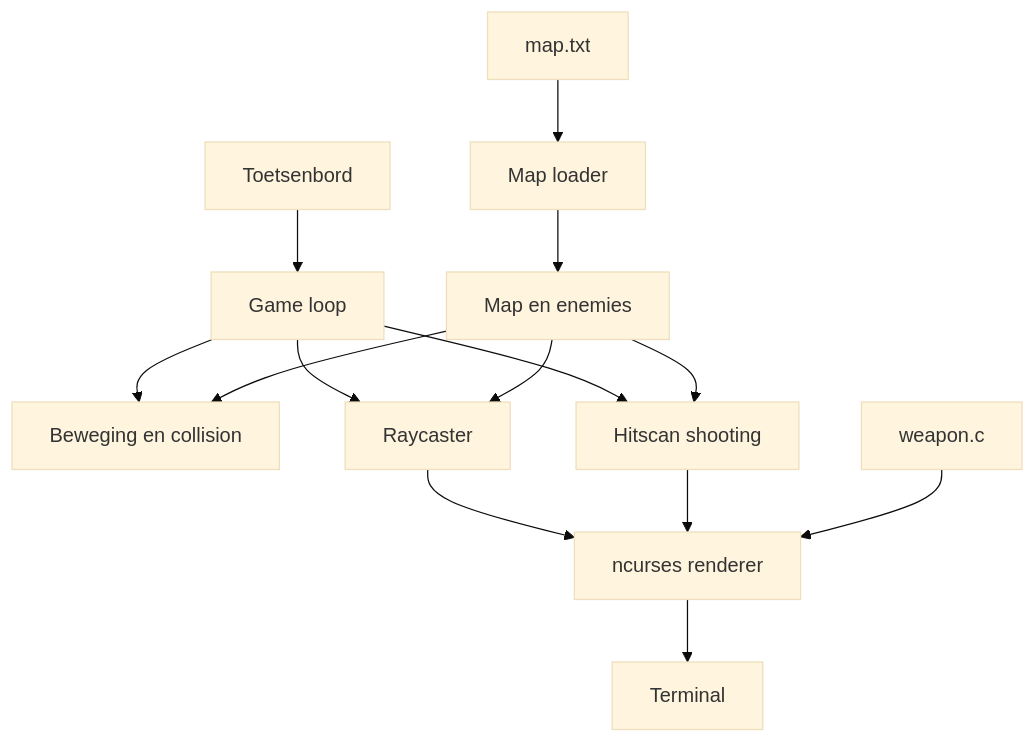
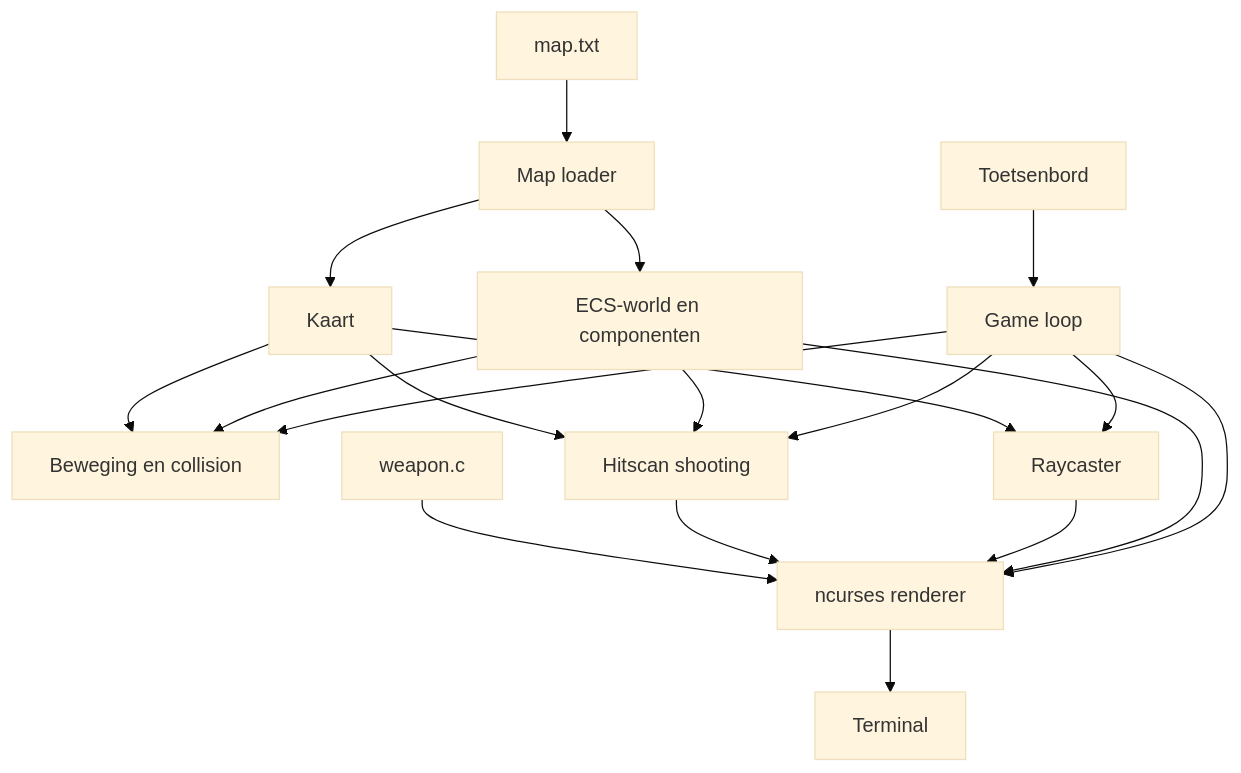
The first of 2 diagrams in readme.md (bo-xd/wolfenstein3d-style-terminal), drawn with Mermaid (base theme) before and after one commit. The commit also changed other lines of this file and 5 other files, not shown here.

````diff
--- a/readme.md
+++ b/readme.md
@@ -154,16 +158,21 @@
 ```mermaid
 flowchart TD
     Input[Toetsenbord] --> Loop[Game loop]
     Map[map.txt] --> Loader[Map loader]
-    Loader --> World[Map en enemies]
+    Loader --> MapWorld[Kaart]
+    Loader --> ECS[ECS-world en componenten]
     Loop --> Movement[Beweging en collision]
     Loop --> Shooting[Hitscan shooting]
     Loop --> Raycaster[Raycaster]
-    World --> Movement
-    World --> Shooting
-    World --> Raycaster
-    Raycaster --> Renderer[ncurses renderer]
+    Loop --> Renderer[ncurses renderer]
+    ECS --> Movement
+    ECS --> Shooting
+    ECS --> Renderer
+    MapWorld --> Movement
+    MapWorld --> Shooting
+    MapWorld --> Raycaster
+    Raycaster --> Renderer
     Shooting --> Renderer
     Weapon[weapon.c] --> Renderer
     Renderer --> Terminal[Terminal]
 ```
````
